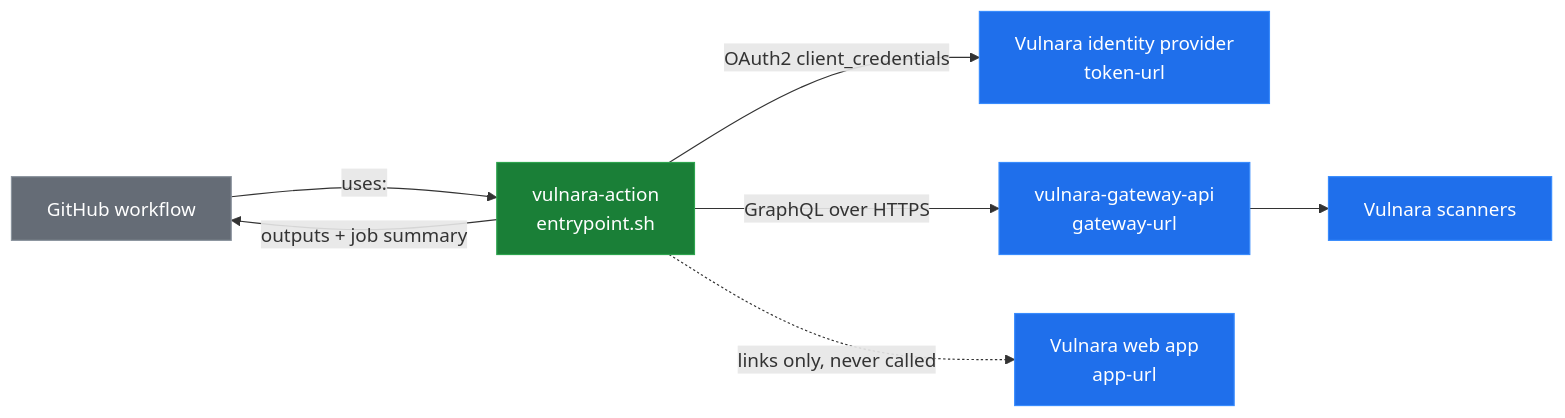
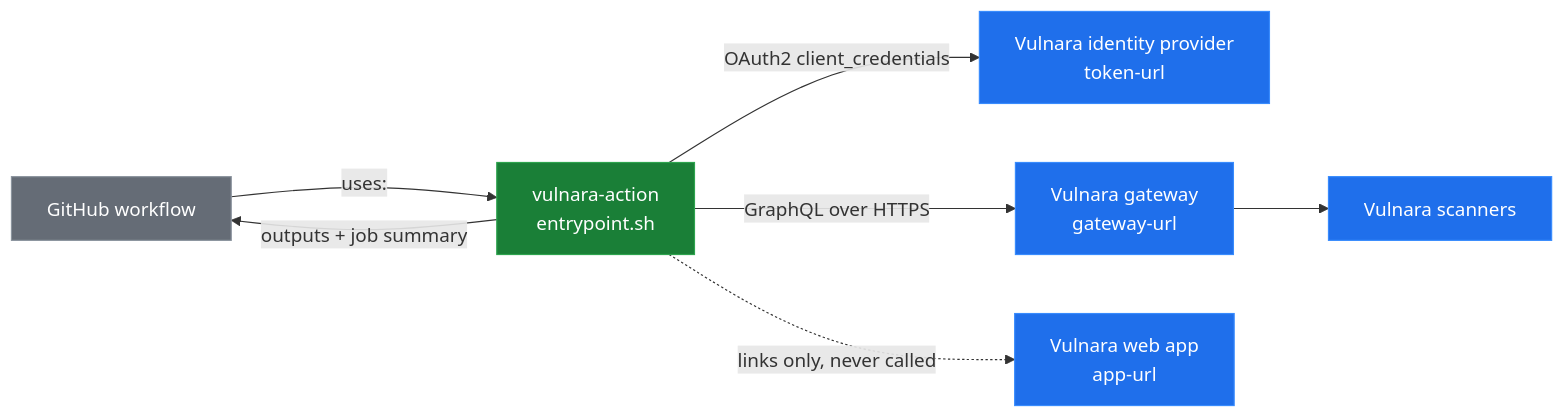
Before and after one commit to theorigamicorporation/vulnara-action: the first of 2 diagrams in docs/architecture.md, drawn with Mermaid. The commit also changed other lines of this file and 38 other files, not shown here.

````diff
--- a/docs/architecture.md
+++ b/docs/architecture.md
@@ -15,26 +15,26 @@
 ```mermaid
 flowchart LR
     WF["GitHub workflow"]
     ACT["vulnara-action<br/>entrypoint.sh"]
     IDP["Vulnara identity provider<br/>token-url"]
-    GW["vulnara-gateway-api<br/>gateway-url"]
+    GW["Vulnara gateway<br/>gateway-url"]
     SCAN["Vulnara scanners"]
     APP["Vulnara web app<br/>app-url"]
 
     WF -->|"uses:"| ACT
     ACT -->|"OAuth2 client_credentials"| IDP
     ACT -->|"GraphQL over HTTPS"| GW
     GW --> SCAN
     ACT -->|"outputs + job summary"| WF
     ACT -.->|"links only, never called"| APP
 
     classDef svc fill:#1f6feb,stroke:#388bfd,color:#ffffff
     classDef db fill:#8250df,stroke:#a371f7,color:#ffffff
     classDef mq fill:#bf8700,stroke:#d29922,color:#ffffff
     classDef ext fill:#656c76,stroke:#8b949e,color:#ffffff
     classDef self fill:#1a7f37,stroke:#2da44e,color:#ffffff
 
     class WF ext
     class ACT self
     class IDP,GW,SCAN,APP svc
 ```
````
